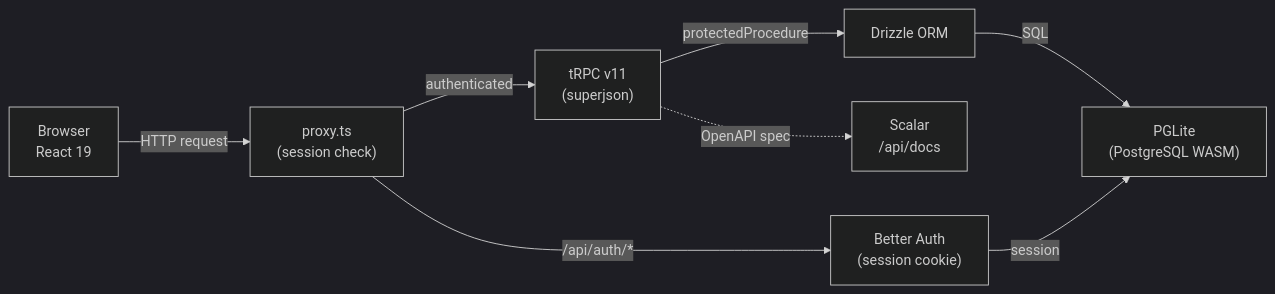
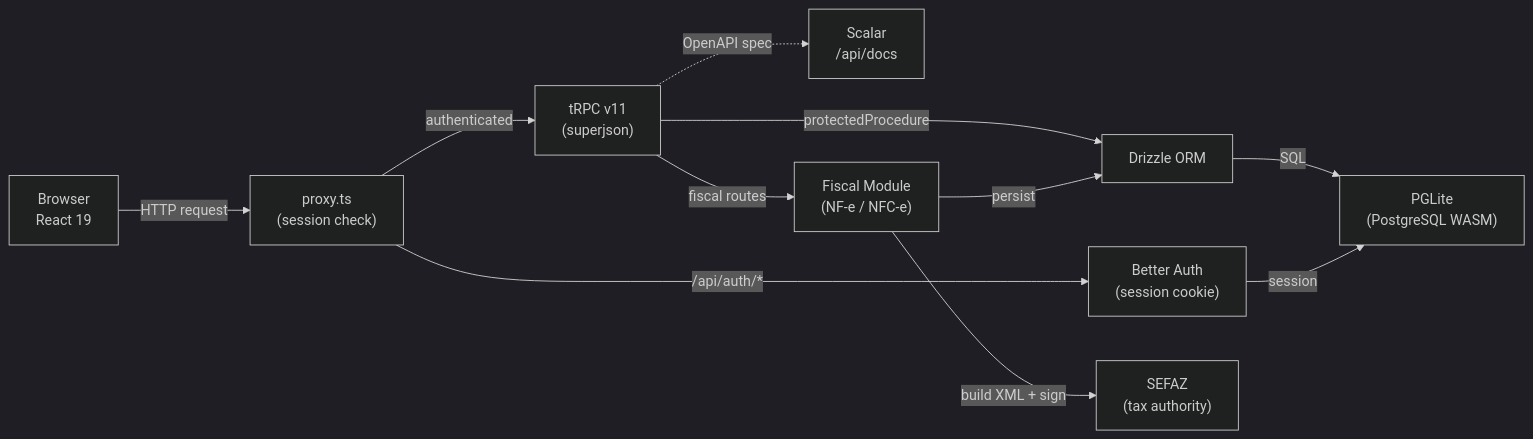
One commit to JoaoHenriqueBarbosa/FinOpenPOS changed the first of 6 diagrams in README.md. Above: the diagram before and after it, drawn with Mermaid (dark theme). The commit also changed other lines of this file and 1 other file, not shown here.

First line of the commit message:
docs(readme): rewrite READMEs with fiscal module, TOC, and mermaid diagrams

````diff
--- a/README.md
+++ b/README.md
@@ -20,18 +57,23 @@
 ```mermaid
 flowchart LR
   Browser["Browser\nReact 19"]
   Proxy["proxy.ts\n(session check)"]
   tRPC["tRPC v11\n(superjson)"]
   Auth["Better Auth\n(session cookie)"]
   Drizzle["Drizzle ORM"]
   PGLite["PGLite\n(PostgreSQL WASM)"]
   Scalar["Scalar\n/api/docs"]
+  Fiscal["Fiscal Module\n(NF-e / NFC-e)"]
+  SEFAZ["SEFAZ\n(tax authority)"]
 
   Browser -->|HTTP request| Proxy
   Proxy -->|authenticated| tRPC
   Proxy -->|/api/auth/*| Auth
   tRPC -->|protectedProcedure| Drizzle
+  tRPC -->|fiscal routes| Fiscal
   Drizzle -->|SQL| PGLite
   tRPC -.->|OpenAPI spec| Scalar
   Auth -->|session| PGLite
+  Fiscal -->|build XML + sign| SEFAZ
+  Fiscal -->|persist| Drizzle
 ```
````
